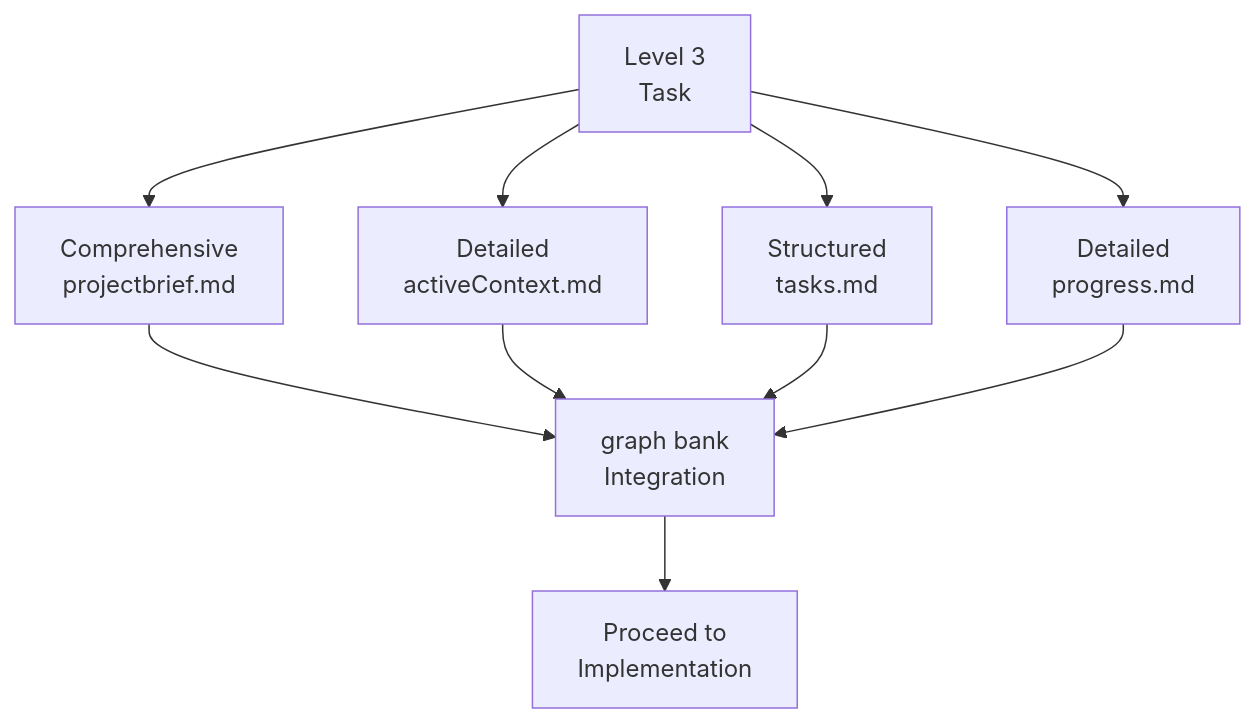
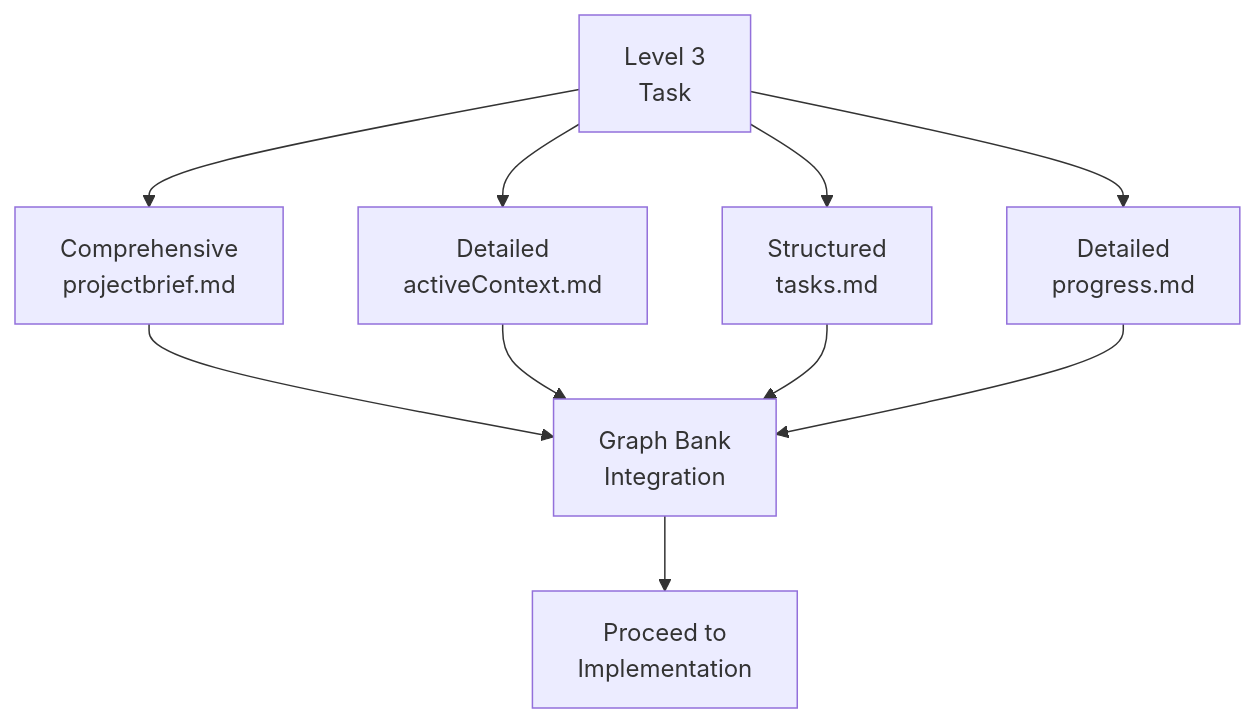
Before and after one commit to 7Spade/cursor-memory-bank: the sixth of 6 diagrams in .cursor/rules/isolation_rules/Level3/planning-comprehensive.mdc, drawn with Mermaid. The commit also changed other lines of this file and 37 other files, not shown here.

Commit message:
refactor: Standardize terminology from "Memory Bank" to "Graph Bank" across all files, ensuring consistency in documentation and improving clarity in the system's architecture and processes

````diff
--- a/.cursor/rules/isolation_rules/Level3/planning-comprehensive.mdc
+++ b/.cursor/rules/isolation_rules/Level3/planning-comprehensive.mdc
@@ -167,10 +167,10 @@
 ```mermaid
 graph TD
     L3["Level 3<br>Task"] --> PB["Comprehensive<br>projectbrief.md"]
     L3 --> AC["Detailed<br>activeContext.md"]
     L3 --> TM["Structured<br>tasks.md"]
     L3 --> PM["Detailed<br>progress.md"]
     
-    PB & AC & TM & PM --> MB["graph bank<br>Integration"]
+    PB & AC & TM & PM --> MB["Graph Bank<br>Integration"]
     MB --> NextPhase["Proceed to<br>Implementation"]
 ```
````
